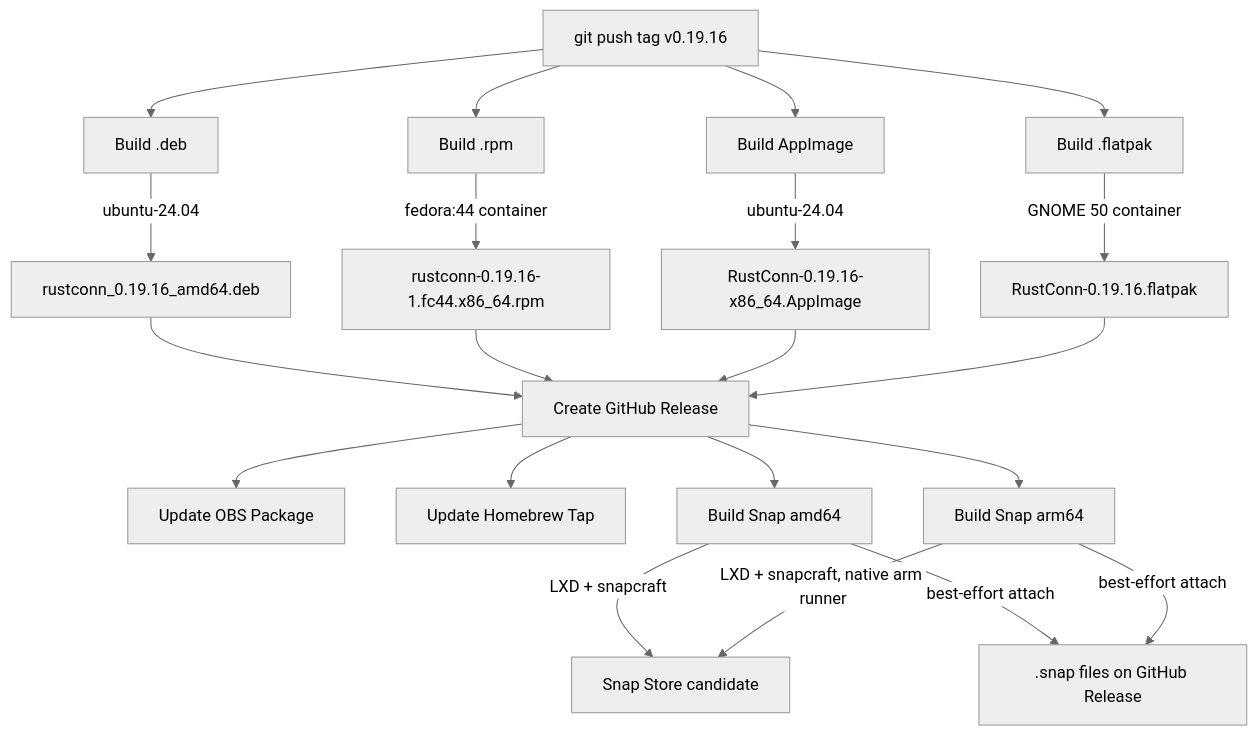
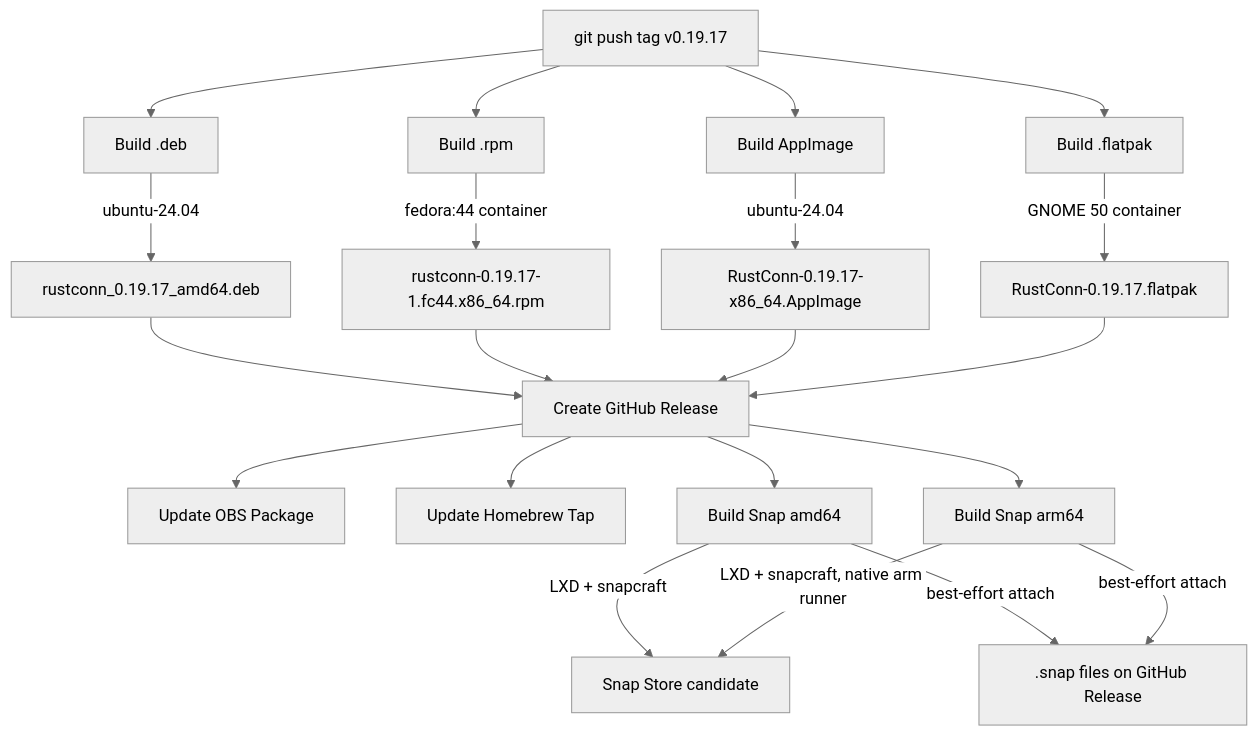
The third of 6 diagrams in docs/CI_BUILD_FLOW.md (philclifford/RustConn), drawn with Mermaid (neutral theme) before and after one commit. The commit also changed other lines of this file and 34 other files, not shown here.

````diff
--- a/docs/CI_BUILD_FLOW.md
+++ b/docs/CI_BUILD_FLOW.md
@@ -67,26 +67,26 @@
 ```mermaid
 graph TD
-    Tag[git push tag v0.19.16] --> BuildDeb[Build .deb]
+    Tag[git push tag v0.19.17] --> BuildDeb[Build .deb]
     Tag --> BuildRPM[Build .rpm]
     Tag --> BuildAppImage[Build AppImage]
     Tag --> BuildFlatpak[Build .flatpak]
 
-    BuildDeb --> |ubuntu-24.04| DebArtifact[rustconn_0.19.16_amd64.deb]
-    BuildRPM --> |fedora:44 container| RPMArtifact[rustconn-0.19.16-1.fc44.x86_64.rpm]
-    BuildAppImage --> |ubuntu-24.04| AppImageArtifact[RustConn-0.19.16-x86_64.AppImage]
-    BuildFlatpak --> |GNOME 50 container| FlatpakArtifact[RustConn-0.19.16.flatpak]
+    BuildDeb --> |ubuntu-24.04| DebArtifact[rustconn_0.19.17_amd64.deb]
+    BuildRPM --> |fedora:44 container| RPMArtifact[rustconn-0.19.17-1.fc44.x86_64.rpm]
+    BuildAppImage --> |ubuntu-24.04| AppImageArtifact[RustConn-0.19.17-x86_64.AppImage]
+    BuildFlatpak --> |GNOME 50 container| FlatpakArtifact[RustConn-0.19.17.flatpak]
 
     DebArtifact --> Release[Create GitHub Release]
     RPMArtifact --> Release
     AppImageArtifact --> Release
     FlatpakArtifact --> Release
 
     Release --> UpdateOBS[Update OBS Package]
     Release --> Brew[Update Homebrew Tap]
     Release --> SnapAmd64[Build Snap amd64]
     Release --> SnapArm64[Build Snap arm64]
     SnapAmd64 --> |LXD + snapcraft| SnapStore[Snap Store candidate]
     SnapArm64 --> |LXD + snapcraft, native arm runner| SnapStore
     SnapAmd64 --> |best-effort attach| SnapAsset[.snap files on GitHub Release]
     SnapArm64 --> |best-effort attach| SnapAsset
 ```
````
